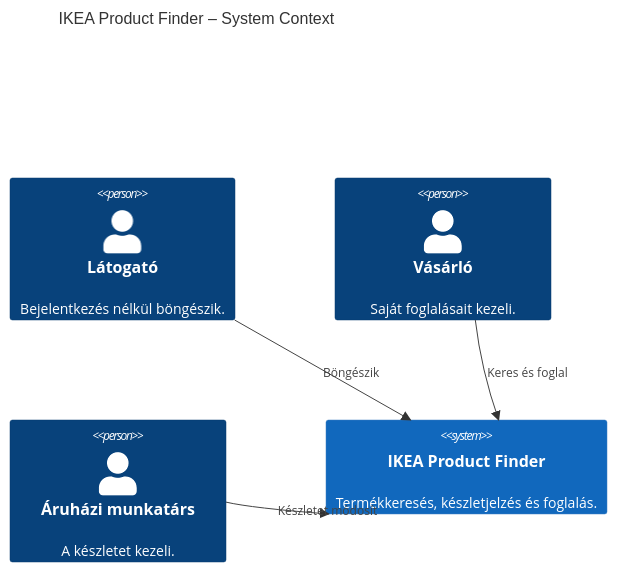
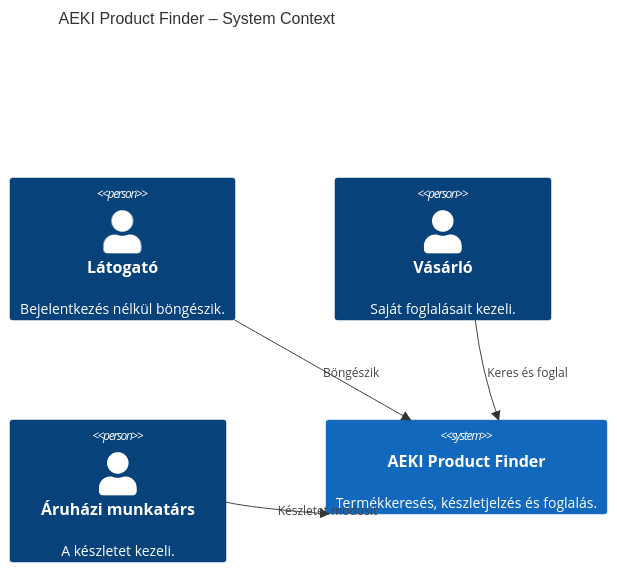
The diagram in docs/architecture/01-system-context.hu.md (JasonCorp84/AEKI), drawn with Mermaid before and after one commit. The commit also changed other lines of this file and 7 other files, not shown here.

Commit message:
Rename IKEA references to AEKI

````diff
--- a/docs/architecture/01-system-context.hu.md
+++ b/docs/architecture/01-system-context.hu.md
@@ -5,16 +5,16 @@
 ```mermaid
 C4Context
-    title IKEA Product Finder – System Context
+    title AEKI Product Finder – System Context
 
     Person(visitor, "Látogató", "Bejelentkezés nélkül böngészik.")
     Person(customer, "Vásárló", "Saját foglalásait kezeli.")
     Person(employee, "Áruházi munkatárs", "A készletet kezeli.")
 
-    System(finder, "IKEA Product Finder", "Termékkeresés, készletjelzés és foglalás.")
+    System(finder, "AEKI Product Finder", "Termékkeresés, készletjelzés és foglalás.")
 
     Rel(visitor, finder, "Böngészik")
     Rel(customer, finder, "Keres és foglal")
     Rel(employee, finder, "Készletet módosít")
 
     UpdateLayoutConfig($c4ShapeInRow="3", $c4BoundaryInRow="1")
 ```
````
